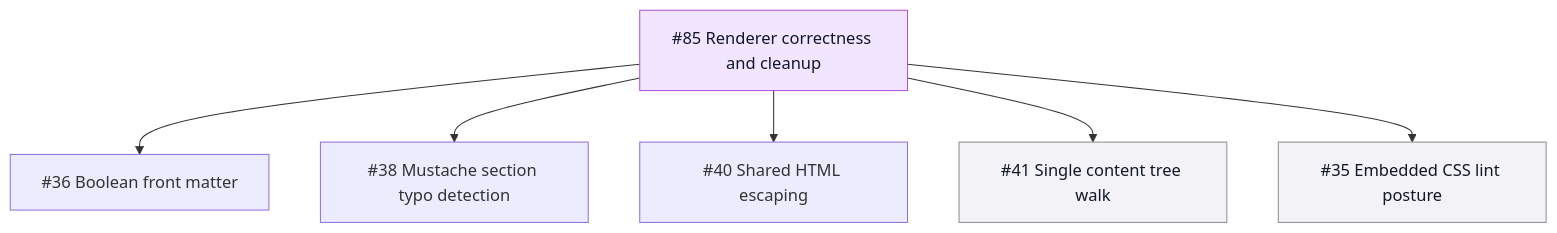
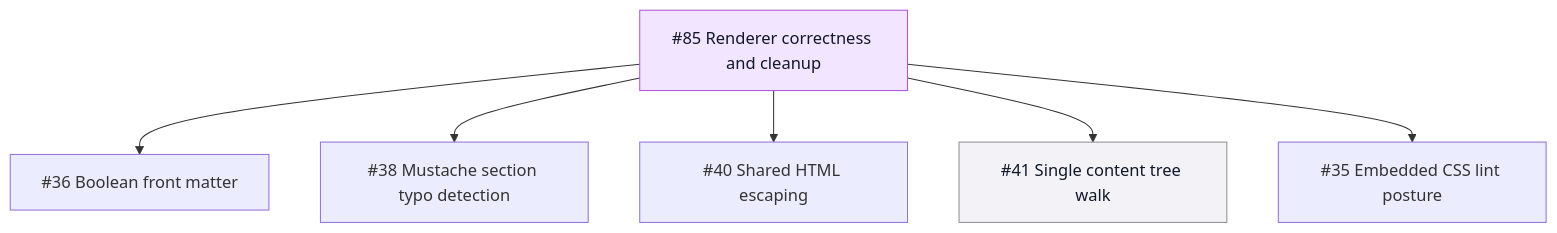
The eighth of 9 diagrams in README.md (TileDown/tile-down), drawn with Mermaid before and after one commit. The commit also changed 4 other files, not shown here.

Commit message:
style(tile): scope embedded css lint exceptions

````diff
--- a/README.md
+++ b/README.md
@@ -172,12 +172,12 @@
 ```mermaid
 flowchart TD
   Epic["#85 Renderer correctness and cleanup"]:::epic
   Epic --> BooleanFM["#36 Boolean front matter"]:::done
   Epic --> Mustache["#38 Mustache section typo detection"]:::done
   Epic --> Escaping["#40 Shared HTML escaping"]:::done
   Epic --> ContentWalk["#41 Single content tree walk"]:::todo
-  Epic --> CSSLint["#35 Embedded CSS lint posture"]:::todo
+  Epic --> CSSLint["#35 Embedded CSS lint posture"]:::done
 
   classDef epic fill:#f2e5ff,stroke:#af52de,color:#111827
   classDef todo fill:#f2f2f7,stroke:#8e8e93,color:#111827
 ```
````
